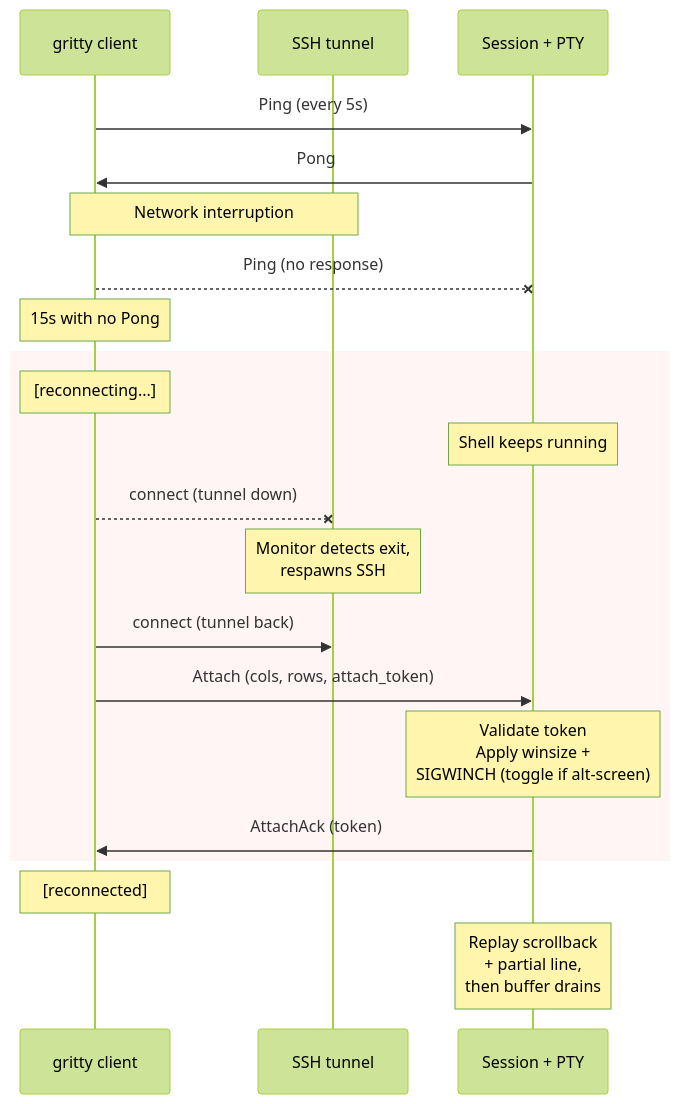
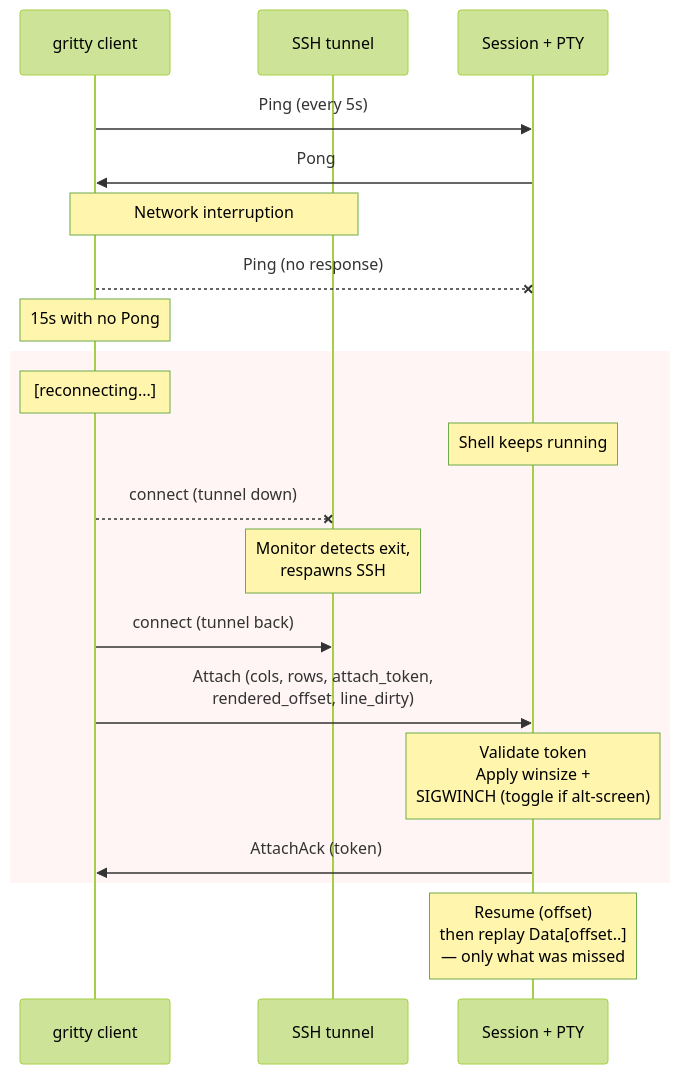
Before and after one commit to chipturner/gritty: the second of 3 diagrams in ARCHITECTURE.md, drawn with Mermaid (forest theme). The commit also changed other lines of this file and 12 other files, not shown here.

First line of the commit message:
feat(protocol,server,client): offset-based reconnect resume for seamless resumption

````diff
--- a/ARCHITECTURE.md
+++ b/ARCHITECTURE.md
@@ -38,27 +38,26 @@
 ```mermaid
 sequenceDiagram
     participant C as gritty client
     participant T as SSH tunnel
     participant S as Session + PTY
 
     C->>S: Ping (every 5s)
     S->>C: Pong
 
     Note over C,T: Network interruption
     C--xS: Ping (no response)
     Note over C: 15s with no Pong
 
     rect rgb(255, 245, 245)
     Note over C: [reconnecting...]
     Note over S: Shell keeps running
     C--xT: connect (tunnel down)
     Note over T: Monitor detects exit,<br/>respawns SSH
     C->>T: connect (tunnel back)
-    C->>S: Attach (cols, rows, attach_token)
+    C->>S: Attach (cols, rows, attach_token,<br/>rendered_offset, line_dirty)
     Note over S: Validate token<br/>Apply winsize +<br/>SIGWINCH (toggle if alt-screen)
     S->>C: AttachAck (token)
     end
 
-    Note over C: [reconnected]
-    Note over S: Replay scrollback<br/>+ partial line,<br/>then buffer drains
+    Note over S: Resume (offset)<br/>then replay Data[offset..]<br/>— only what was missed
 ```
````
